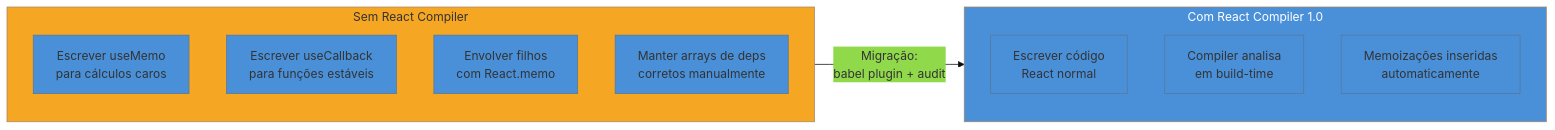
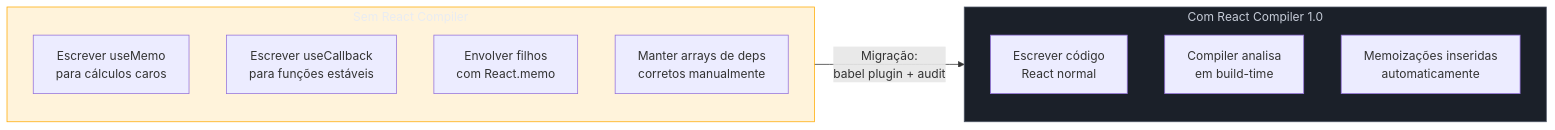
The second of 2 diagrams in 03-Dominios/Tecnologia/React/React core/13 - Memoização - useMemo, useCallback, React.memo e o React Compiler.md (josenaldo/codex-technomanticus), drawn with Mermaid before and after one commit. The commit also changed other lines of this file and 1181 other files, not shown here.

First line of the commit message:
fix(diagramas): paleta do sistema no lugar de cor cravada no markdown

````diff
--- a/03-Dominios/Tecnologia/React/React core/13 - Memoização - useMemo, useCallback, React.memo e o React Compiler.md
+++ b/03-Dominios/Tecnologia/React/React core/13 - Memoização - useMemo, useCallback, React.memo e o React Compiler.md
@@ -382,23 +384,24 @@
 ```mermaid
-%%{init: {"theme": "base", "themeVariables": {"primaryColor": "#4A90D9"}}}%%
 flowchart LR
+    classDef destaque fill:#FFAA0024,stroke:#FFAA00,color:#E9ECF2
+    classDef neutro fill:#1B2029,stroke:#4E5666,color:#C6CCD8
     subgraph Legado["Sem React Compiler"]
         direction TB
         L1["Escrever useMemo\npara cálculos caros"]
         L2["Escrever useCallback\npara funções estáveis"]
         L3["Envolver filhos\ncom React.memo"]
         L4["Manter arrays de deps\ncorretos manualmente"]
     end
 
     subgraph Moderno["Com React Compiler 1.0"]
         direction TB
         M1["Escrever código\nReact normal"]
         M2["Compiler analisa\nem build-time"]
         M3["Memoizações inseridas\nautomaticamente"]
     end
 
     Legado -->|"Migração:\nbabel plugin + audit"| Moderno
 
-    style Legado fill:#F5A623,color:#333
-    style Moderno fill:#4A90D9,color:#fff
+    class Legado destaque
+    class Moderno neutro
 ```
````
